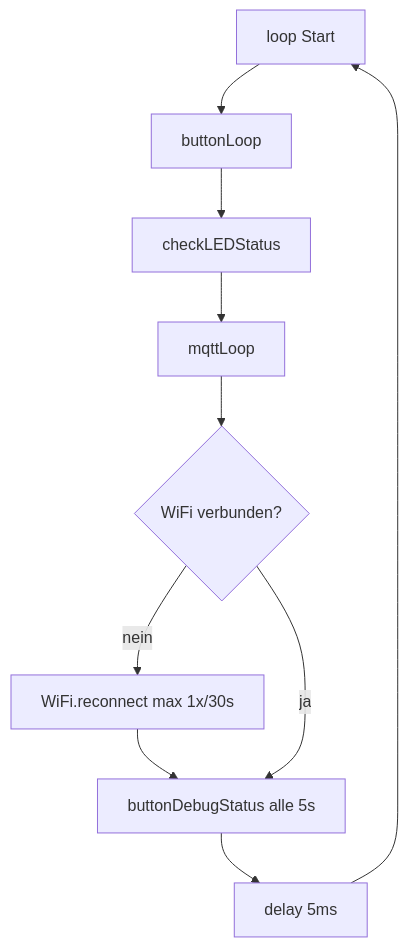
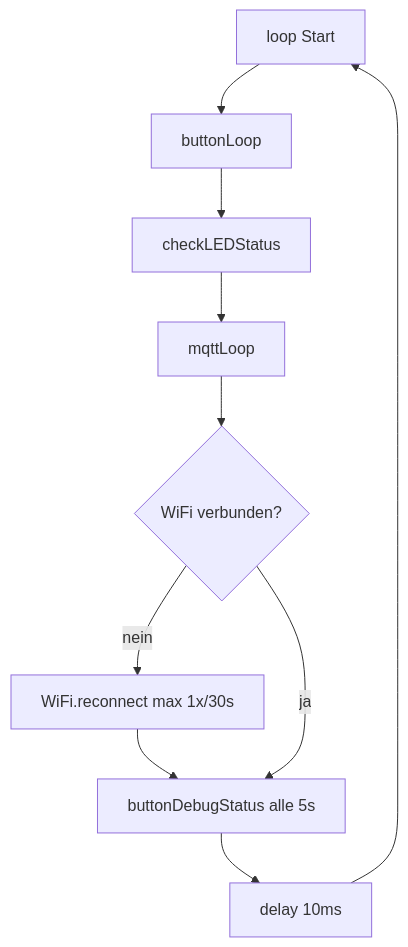
Before and after one commit to EyJunge1/chaya2mqtt: the fourth of 4 diagrams in docs/ARCHITECTURE.md, drawn with Mermaid. The commit also changed other lines of this file and 5 other files, not shown here.

````diff
--- a/docs/ARCHITECTURE.md
+++ b/docs/ARCHITECTURE.md
@@ -98,17 +98,17 @@
 ```mermaid
 flowchart TD
     start[loop Start]
     btn[buttonLoop]
     led[checkLEDStatus]
     mq[mqttLoop]
     wifi{WiFi verbunden?}
     recon[WiFi.reconnect max 1x/30s]
     dbg[buttonDebugStatus alle 5s]
-    wait[delay 5ms]
+    wait[delay 10ms]
 
     start --> btn --> led --> mq
     mq --> wifi
     wifi -->|nein| recon --> dbg
     wifi -->|ja| dbg
     dbg --> wait --> start
 ```
````
